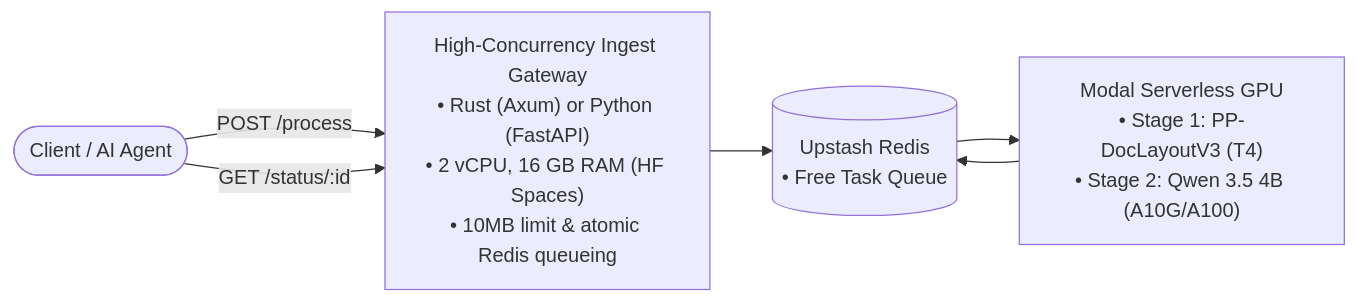
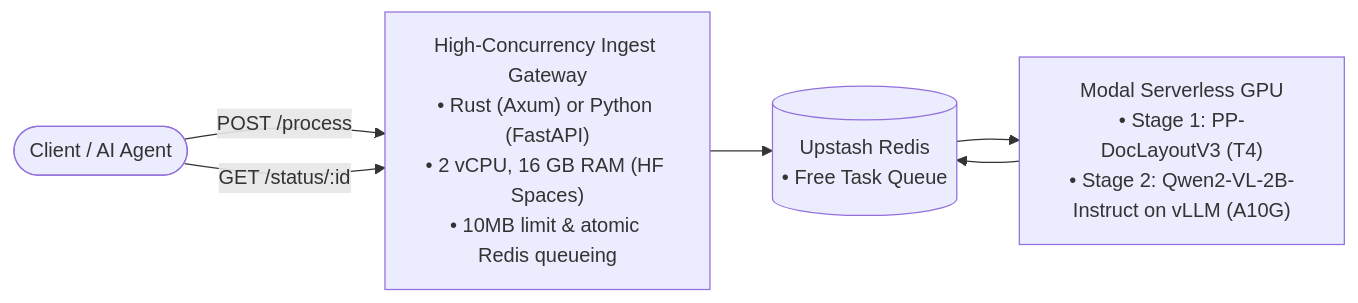
Before and after one commit to rajandevkota98/production-ocr: the diagram in README.md, drawn with Mermaid. The commit also changed other lines of this file, not shown here.

Commit message:
docs: update architecture diagram and pipeline specifications

````diff
--- a/README.md
+++ b/README.md
@@ -11,8 +11,8 @@
 ```mermaid
 flowchart LR
     Client(["Client / AI Agent"]) -->|POST /process| Gateway["High-Concurrency Ingest Gateway\n• Rust (Axum) or Python (FastAPI)\n• 2 vCPU, 16 GB RAM (HF Spaces)\n• 10MB limit & atomic Redis queueing"]
     Gateway --> Redis[("Upstash Redis\n• Free Task Queue")]
-    Redis --> Worker["Modal Serverless GPU\n• Stage 1: PP-DocLayoutV3 (T4)\n• Stage 2: Qwen 3.5 4B (A10G/A100)"]
+    Redis --> Worker["Modal Serverless GPU\n• Stage 1: PP-DocLayoutV3 (T4)\n• Stage 2: Qwen2-VL-2B-Instruct on vLLM (A10G)"]
     Worker --> Redis
     Client -->|GET /status/:id| Gateway
 ```
````
